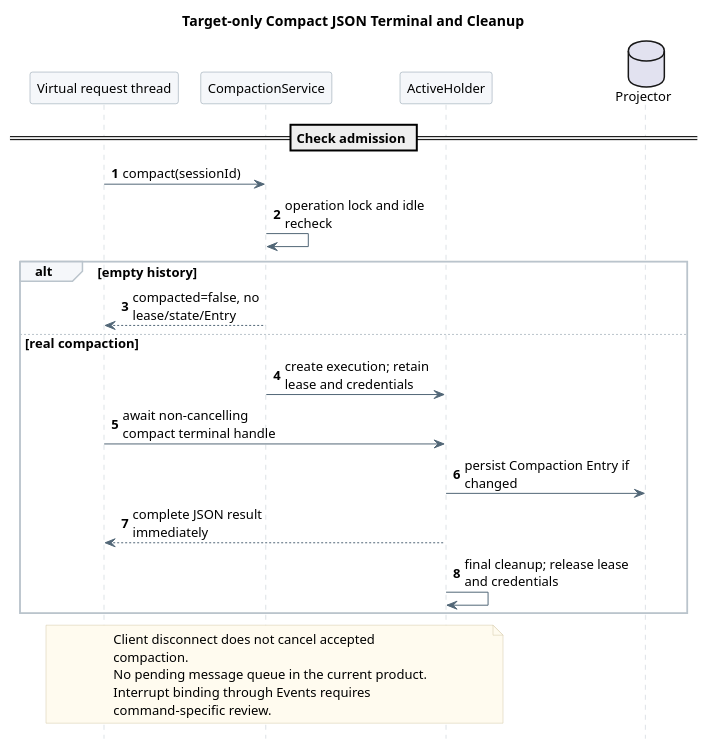
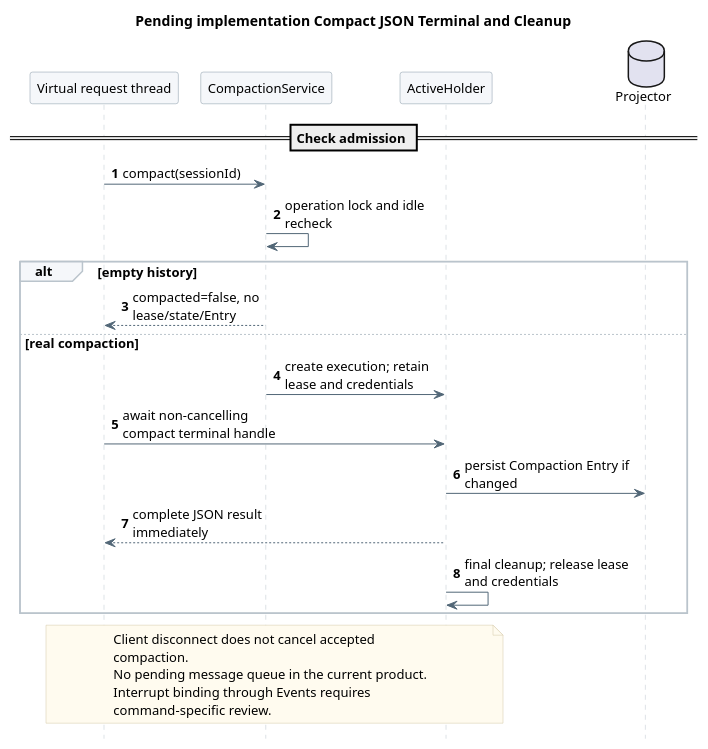
One commit to ssm0808/pi-mono-java-design changed the third of 3 diagrams in 04-命令与技能/01-内置命令/设计图/diagram.puml. Above: the diagram before and after it, drawn with PlantUML. The commit also changed other lines of this file and 182 other files, not shown here.

```diff
--- a/04-命令与技能/01-内置命令/设计图/diagram.puml
+++ b/04-命令与技能/01-内置命令/设计图/diagram.puml
@@ -119,45 +119,45 @@
 @startuml compact_command_execution
 skinparam backgroundColor white
 skinparam defaultFontName SansSerif
 skinparam defaultFontSize 13
 skinparam shadowing false
 skinparam sequenceMessageAlign left
 skinparam maxMessageSize 165
 skinparam sequenceArrowColor #526777
 skinparam sequenceLifeLineBorderColor #BAC4CC
 skinparam sequenceParticipantBackgroundColor #F5F7FA
 skinparam sequenceParticipantBorderColor #8496A4
 skinparam sequenceGroupBackgroundColor #F5F7FA
 skinparam sequenceGroupBorderColor #BAC4CC
 skinparam noteBackgroundColor #FFFBEF
 skinparam noteBorderColor #D2C6A5
 hide footbox
 autonumber
-title Target-only Compact JSON Terminal and Cleanup
+title Pending implementation Compact JSON Terminal and Cleanup
 ' Source evidence: pi-mono-java@d84dd3d6 modules/coding-agent-cli/src/main/java/com/campusclaw/codingagent/runtimeapi/event/RuntimeExecutionCoordinator.java.
 ' Source evidence: pi-mono-java@d84dd3d6 modules/coding-agent-cli/src/main/java/com/campusclaw/codingagent/runtimeapi/runtime/RuntimeSessionHolder.java.
 ' Architecture change: compact terminal Future is independent of Holder lifetime and request transport.
 participant "Virtual request thread" as Http
 participant CompactionService as Service
 participant ActiveHolder as Holder
 database Projector
 == Check admission ==
 Http -> Service : compact(sessionId)
 Service -> Service : operation lock and idle recheck
 alt empty history
   Service --> Http : compacted=false, no lease/state/Entry
 else real compaction
   Service -> Holder : create execution; retain lease and credentials
   Http -> Holder : await non-cancelling compact terminal handle
   Holder -> Projector : persist Compaction Entry if changed
   Holder --> Http : complete JSON result immediately
   Holder -> Holder : final cleanup; release lease and credentials
 end
 note over Http,Holder
   Client disconnect does not cancel accepted
   compaction.
   No pending message queue in the current product.
   Interrupt binding through Events requires
   command-specific review.
 end note
 @enduml
```
